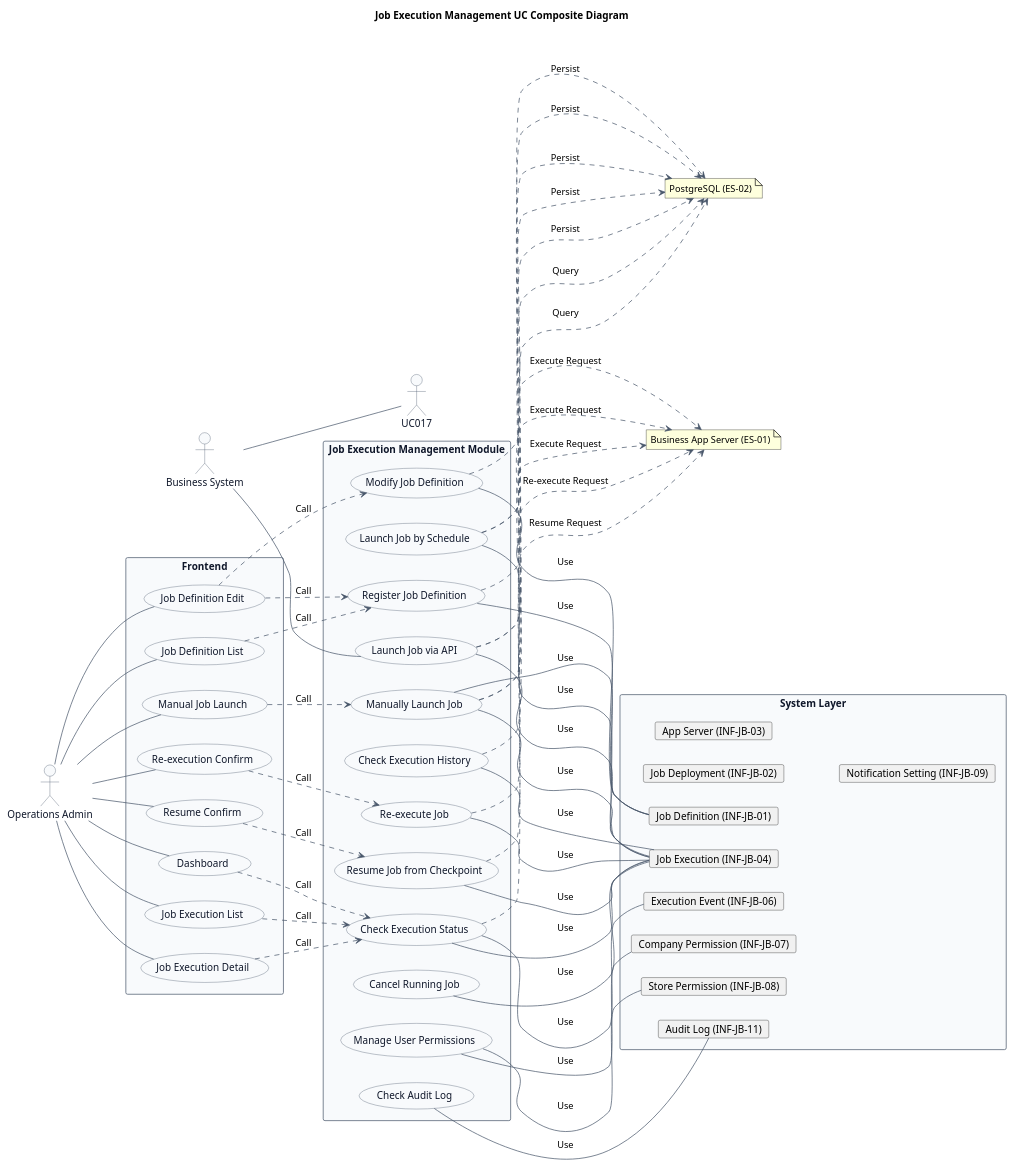
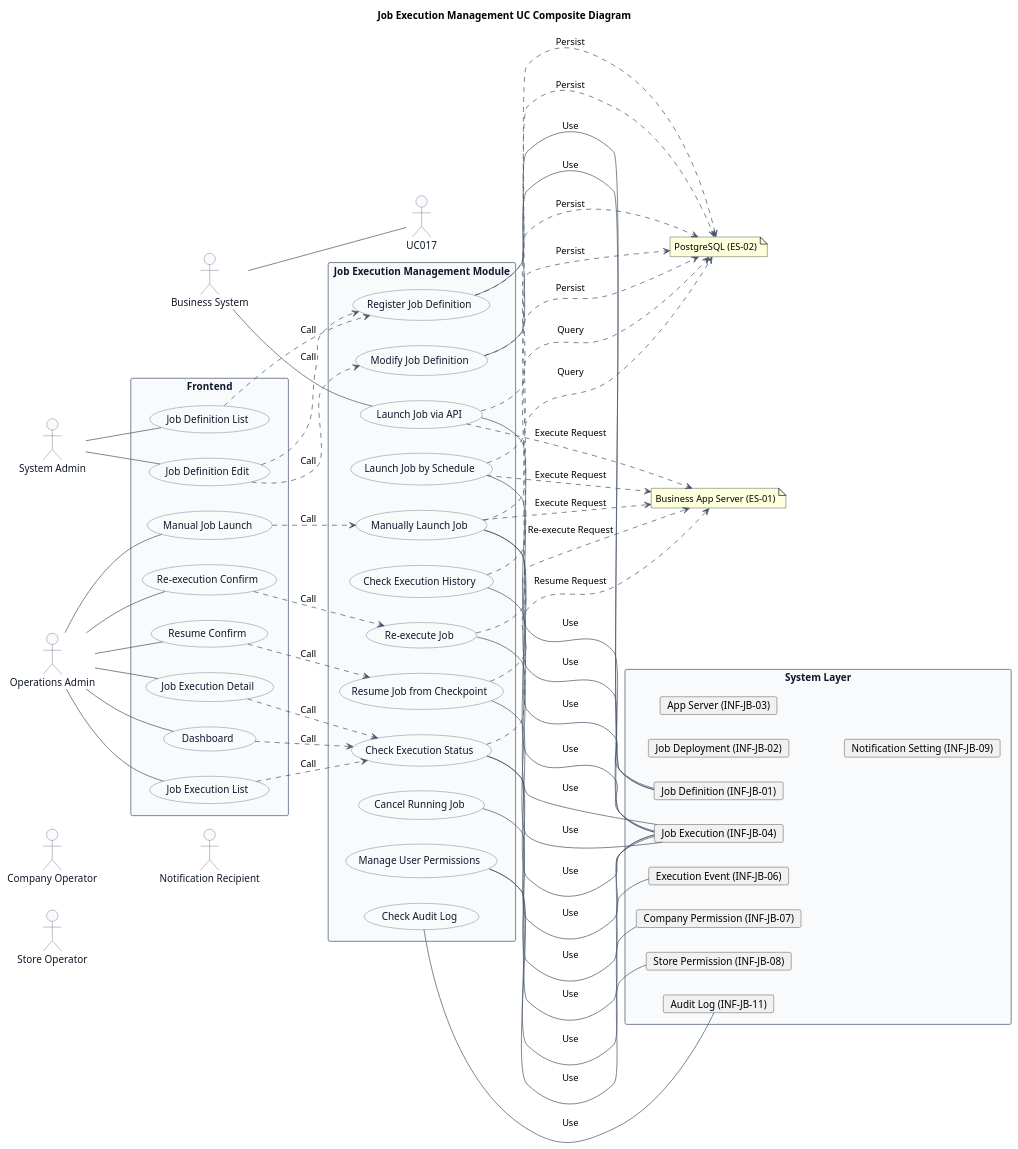
The first of 2 diagrams in docs/22 要件定義書/JB ジョブ管理/03 機能要件/JB-01 ジョブ実行管理/03.システム境界/UC複合図.md (mizo432/modulith-learning), drawn with PlantUML before and after one commit. The commit also changed other lines of this file and 96 other files, not shown here.

```diff
--- a/docs/22 要件定義書/JB ジョブ管理/03 機能要件/JB-01 ジョブ実行管理/03.システム境界/UC複合図.md
+++ b/docs/22 要件定義書/JB ジョブ管理/03 機能要件/JB-01 ジョブ実行管理/03.システム境界/UC複合図.md
@@ -31,8 +31,12 @@
 skinparam arrowColor #475569
 skinparam shadowing false
 
-actor "Operations Admin" as Admin
+actor "System Admin" as SysAdmin
+actor "Operations Admin" as OpsAdmin
+actor "Company Operator" as CompanyOps
+actor "Store Operator" as StoreOps
 actor "Business System" as BizSystem
+actor "Notification Recipient" as NotifRecipient
 
 note "Business App Server (ES-01)" as ES01
 note "PostgreSQL (ES-02)" as ES02
@@ -75,14 +79,14 @@
   card "Audit Log (INF-JB-11)" as INF11
 }
 
-Admin -- SCR001
-Admin -- SCR002
-Admin -- SCR003
-Admin -- SCR007
-Admin -- SCR009
-Admin -- SCR012
-Admin -- SCR013
-Admin -- SCR014
+SysAdmin -- SCR007
+SysAdmin -- SCR009
+OpsAdmin -- SCR001
+OpsAdmin -- SCR002
+OpsAdmin -- SCR003
+OpsAdmin -- SCR012
+OpsAdmin -- SCR013
+OpsAdmin -- SCR014
 
 SCR001 ..> UC013 : Call
 SCR002 ..> UC013 : Call
```
